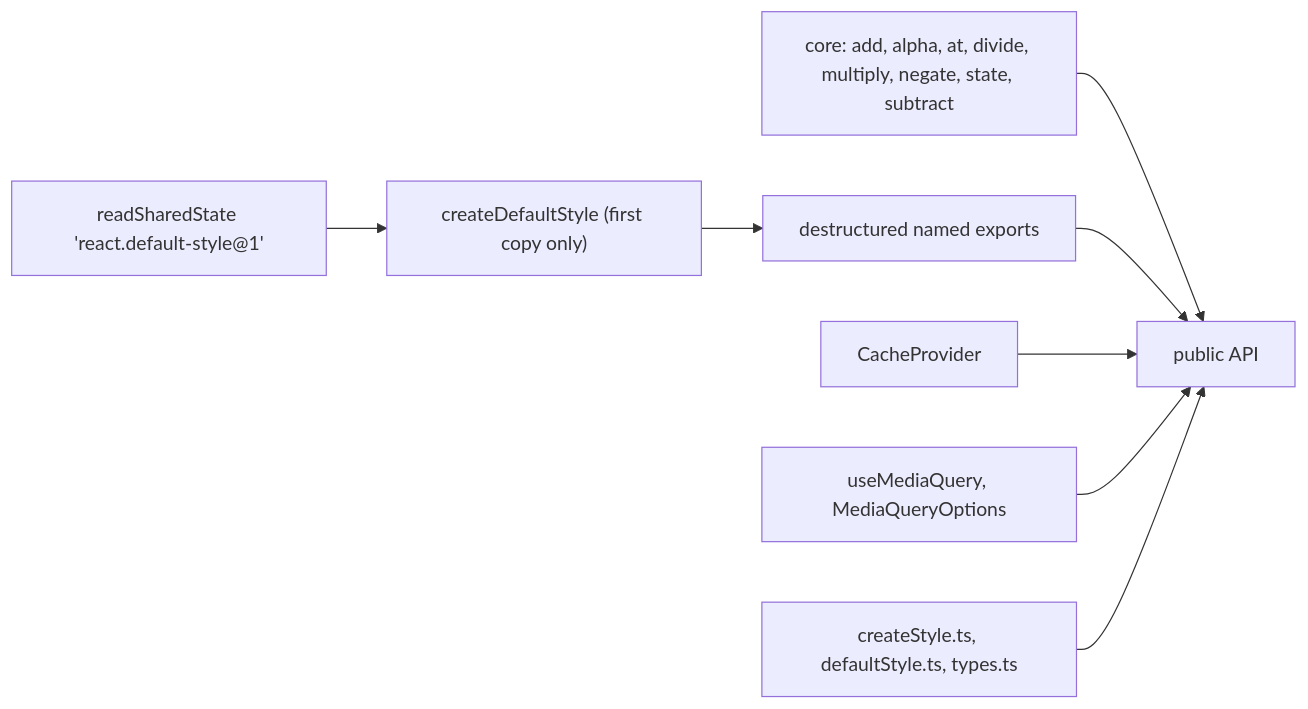
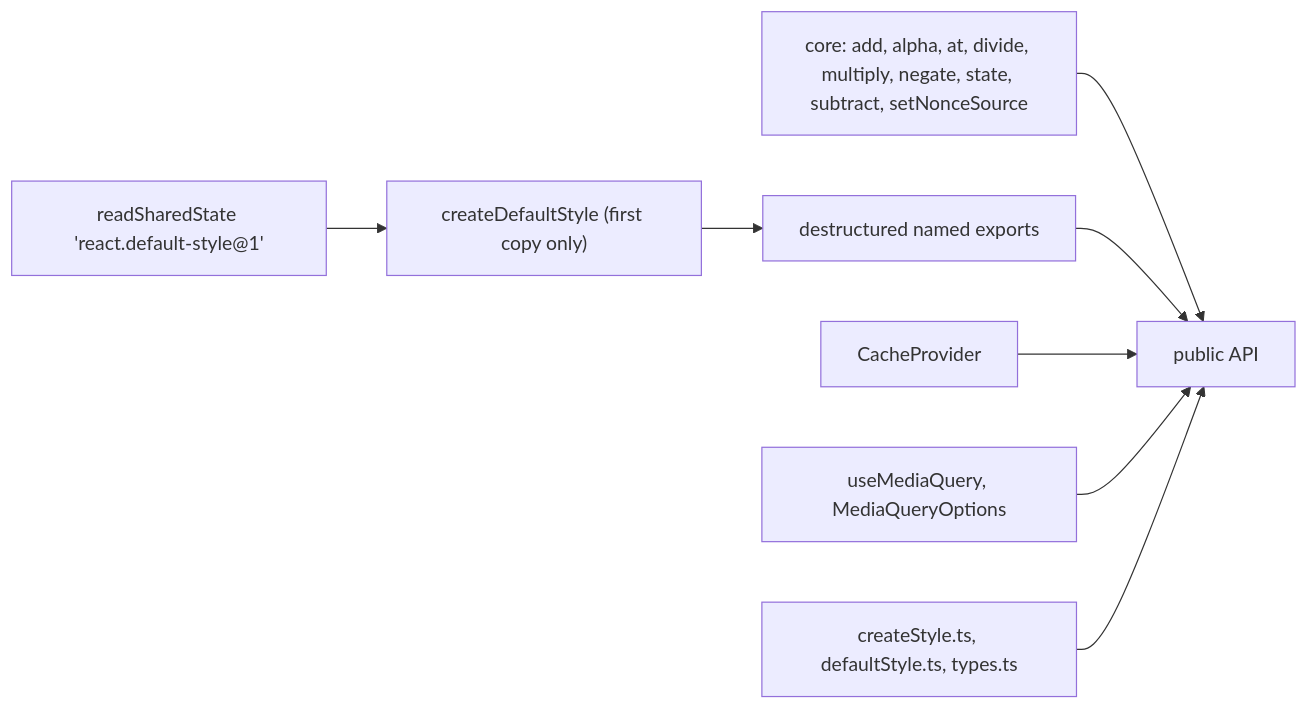
Before and after one commit to soroush-tech/umber-style: the diagram in packages/react/src/index.md, drawn with Mermaid. The commit also changed other lines of this file and 124 other files, not shown here.

````diff
--- a/packages/react/src/index.md
+++ b/packages/react/src/index.md
@@ -21,10 +21,10 @@
 ```mermaid
 flowchart LR
   shared["readSharedState 'react.default-style@1'"] --> make["createDefaultStyle (first copy only)"]
   make --> names["destructured named exports"]
-  core["core: add, alpha, at, divide, multiply, negate, state, subtract"] --> out["public API"]
+  core["core: add, alpha, at, divide, multiply, negate, state, subtract, setNonceSource"] --> out["public API"]
   names --> out
   cp["CacheProvider"] --> out
   mq["useMediaQuery, MediaQueryOptions"] --> out
   cs["createStyle.ts, defaultStyle.ts, types.ts"] --> out
 ```
````
